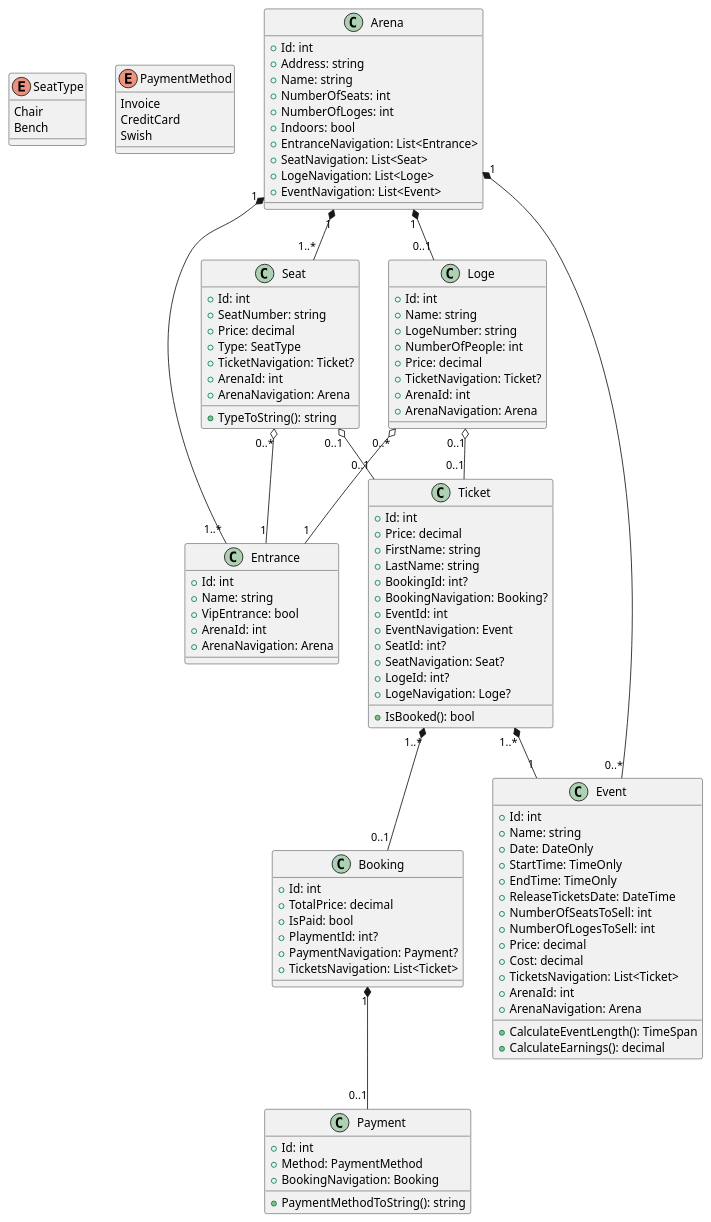
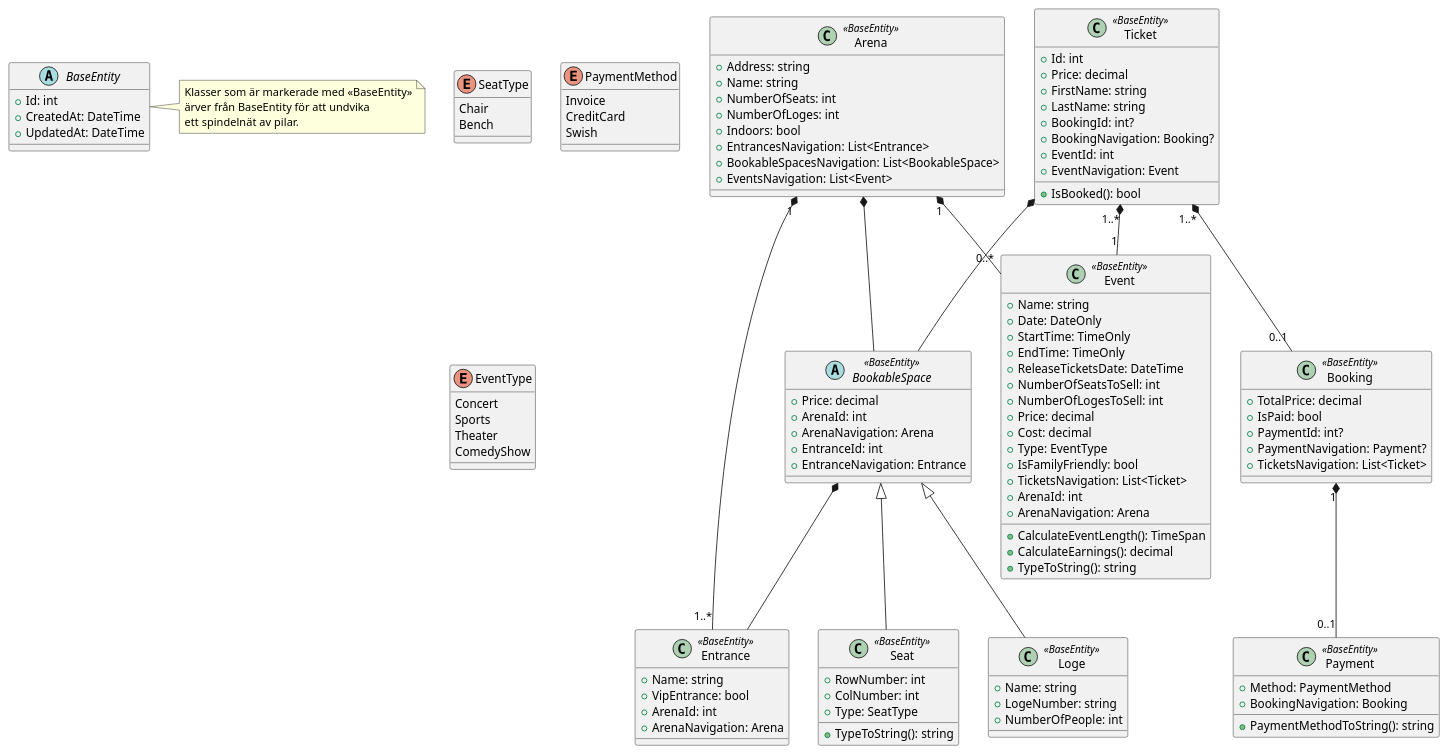
One commit to Mossberg1/ObjektOrienteradDesignBiljettShoppen changed the diagram in uml.puml. Above: the diagram before and after it, drawn with PlantUML. The commit also changed 8 other files, not shown here.

Commit message:
Uppdaterat entities inför implementation av databas, även lagt till abstract class BookableSpace mellan ticket, seats och loge. För att implementera TPH i EF Core.

```diff
--- a/uml.puml
+++ b/uml.puml
@@ -1,119 +1,130 @@
 @startuml
 
 enum SeatType {
     Chair
     Bench
 }
 
 enum PaymentMethod {
     Invoice
     CreditCard
     Swish
 }
 
-class Arena {
+enum EventType {
+    Concert
+    Sports
+    Theater
+    ComedyShow
+}
+
+abstract class BaseEntity {
     + Id: int
+    + CreatedAt: DateTime
+    + UpdatedAt: DateTime
+}
+
+note right of BaseEntity
+  Klasser som är markerade med <<BaseEntity>>
+  ärver från BaseEntity för att undvika
+  ett spindelnät av pilar.
+end note
+
+abstract class BookableSpace <<BaseEntity>> {
+    + Price: decimal
+    + ArenaId: int
+    + ArenaNavigation: Arena
+    + EntranceId: int
+    + EntranceNavigation: Entrance
+}
+
+class Arena <<BaseEntity>> {
     + Address: string
     + Name: string
     + NumberOfSeats: int
     + NumberOfLoges: int
     + Indoors: bool
-    + EntranceNavigation: List<Entrance> 
-    + SeatNavigation: List<Seat> 
-    + LogeNavigation: List<Loge> 
-    + EventNavigation: List<Event>
+    + EntrancesNavigation: List<Entrance> 
+    + BookableSpacesNavigation: List<BookableSpace>
+    + EventsNavigation: List<Event>
 }
 
-class Entrance {
-    + Id: int
+class Entrance <<BaseEntity>> {
     + Name: string
     + VipEntrance: bool
     + ArenaId: int 
     + ArenaNavigation: Arena 
 }
 
-class Event {
-    + Id: int
+class Event <<BaseEntity>> {
     + Name: string
     + Date: DateOnly
     + StartTime: TimeOnly
     + EndTime: TimeOnly
     + ReleaseTicketsDate: DateTime
     + NumberOfSeatsToSell: int
     + NumberOfLogesToSell: int
     + Price: decimal
     + Cost: decimal
+    + Type: EventType
+    + IsFamilyFriendly: bool 
     + TicketsNavigation: List<Ticket> 
     + ArenaId: int 
     + ArenaNavigation: Arena
     + CalculateEventLength(): TimeSpan
     + CalculateEarnings(): decimal
+    + TypeToString(): string
 }
 
-class Ticket {
+class Ticket <<BaseEntity>> {
     + Id: int
     + Price: decimal
     + FirstName: string
     + LastName: string
     + BookingId: int? 
     + BookingNavigation: Booking? 
     + EventId: int 
     + EventNavigation: Event
     + IsBooked(): bool
-    + SeatId: int? 
-    + SeatNavigation: Seat? 
-    + LogeId: int? 
-    + LogeNavigation: Loge? 
 }
 
-class Seat {
-    + Id: int
-    + SeatNumber: string
-    + Price: decimal
+class Seat <<BaseEntity>>{
+    + RowNumber: int
+    + ColNumber: int
     + Type: SeatType
     + TypeToString(): string 
-    + TicketNavigation: Ticket? 
-    + ArenaId: int 
-    + ArenaNavigation: Arena
 }
 
-class Loge { 
-    + Id: int
+class Loge <<BaseEntity>> { 
     + Name: string
     + LogeNumber: string
     + NumberOfPeople: int
-    + Price: decimal
-    + TicketNavigation: Ticket? 
-    + ArenaId: int 
-    +ArenaNavigation: Arena
 }
 
-class Booking {
-    + Id: int
+class Booking <<BaseEntity>> {
     + TotalPrice: decimal
     + IsPaid: bool
-    + PlaymentId: int? 
+    + PaymentId: int? 
     + PaymentNavigation: Payment? 
     + TicketsNavigation: List<Ticket>
 }
 
-class Payment {
-    + Id: int
+class Payment <<BaseEntity>> {
     + Method: PaymentMethod
     + BookingNavigation: Booking 
     + PaymentMethodToString(): string
 }
 
 Arena "1" *-- "0..*" Event
+Arena *-- BookableSpace
+BookableSpace *-- Entrance
 Arena "1" *-- "1..*" Entrance
-Arena "1" *-- "1..*" Seat
-Ticket "1..*" *-- "1"  Event
-Seat "0..1" o-- "0..1" Ticket
-Seat "0..*" o-- "1" Entrance
 Ticket "1..*" *-- "0..1" Booking
 Booking "1" *-- "0..1" Payment
-Loge "0..1" o-- "0..1" Ticket
-Loge "0..*" o-- "1" Entrance
-Arena "1" *-- "0..1" Loge
+Ticket "1..*" *-- "1"  Event
+
+BookableSpace <|-- Seat
+BookableSpace <|-- Loge
+Ticket *-- BookableSpace
 
 @enduml
```
